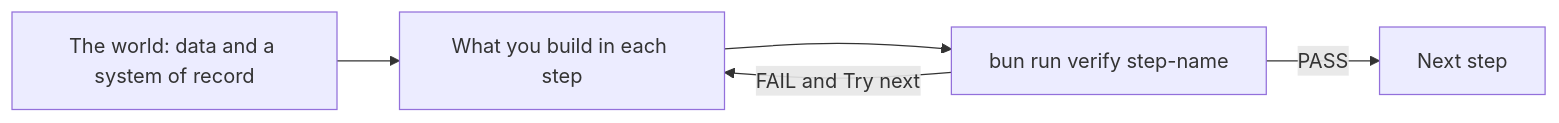
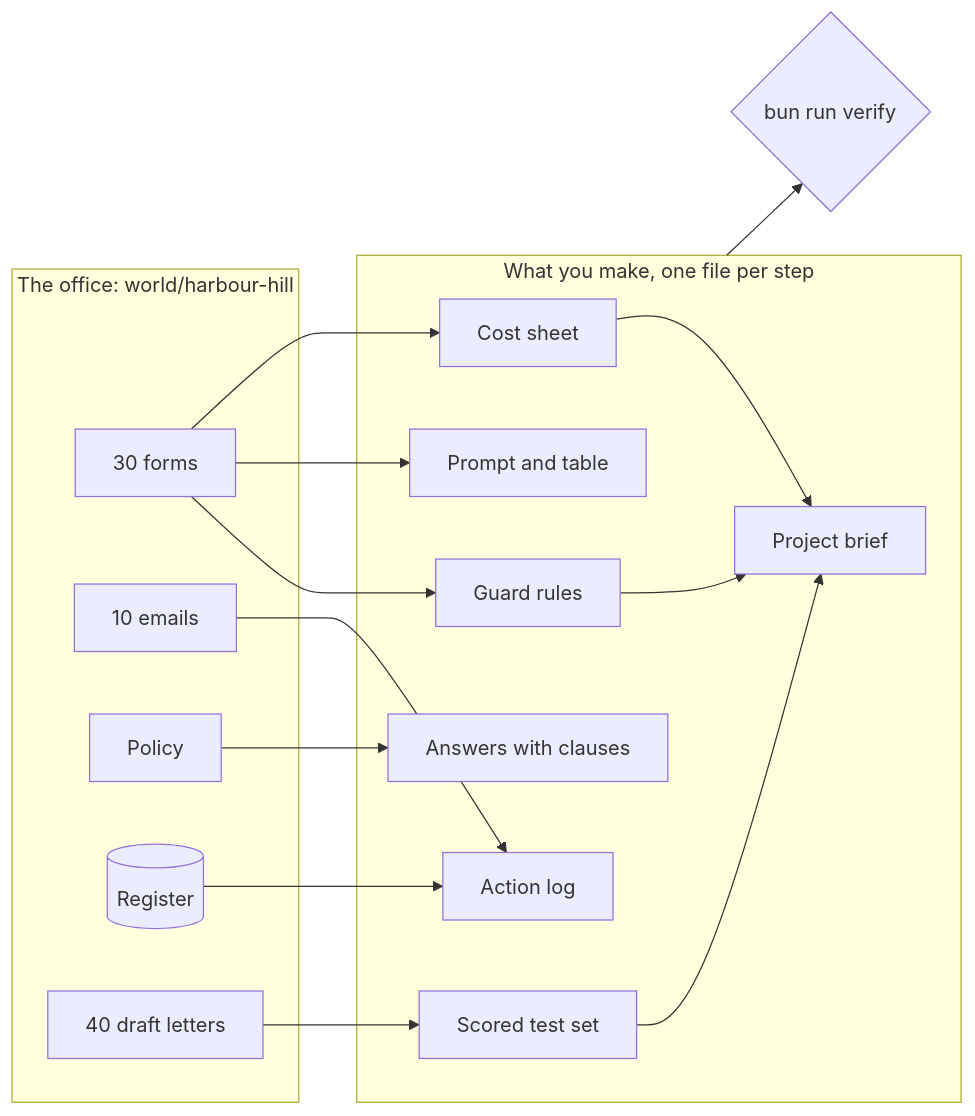
Before and after one commit to learnwithparam/ai-engineering-for-everyone: the diagram in README.md, drawn with Mermaid. The commit also changed other lines of this file and 215 other files, not shown here.

First line of the commit message:
Course spine: Harbour Hill office, checker library, orientation, price-the-work (#1)

````diff
--- a/README.md
+++ b/README.md
@@ -15,7 +68,30 @@
 ```mermaid
 flowchart LR
-  W[The world: data and a system of record] --> S[What you build in each step]
-  S --> C[bun run verify step-name]
-  C -->|PASS| N[Next step]
-  C -->|FAIL and Try next| S
+  subgraph Office[The office: world/harbour-hill]
+    F[30 forms]
+    E[10 emails]
+    P[Policy]
+    REG[(Register)]
+    L[40 draft letters]
+  end
+  subgraph You[What you make, one file per step]
+    T[Cost sheet]
+    PR[Prompt and table]
+    A[Answers with clauses]
+    G[Action log]
+    S[Scored test set]
+    R[Guard rules]
+    B[Project brief]
+  end
+  F --> T
+  F --> PR
+  P --> A
+  E --> G
+  REG --> G
+  L --> S
+  F --> R
+  T --> B
+  S --> B
+  R --> B
+  You --> C{bun run verify}
 ```
````
